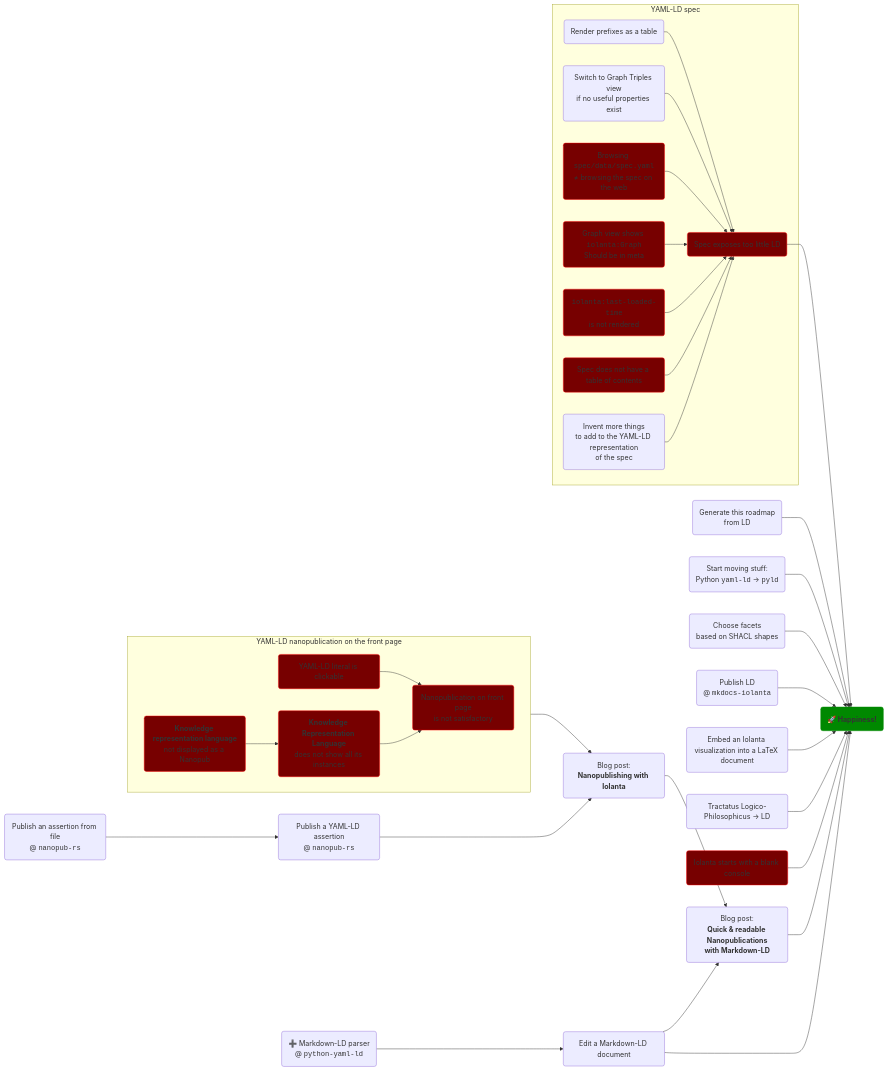
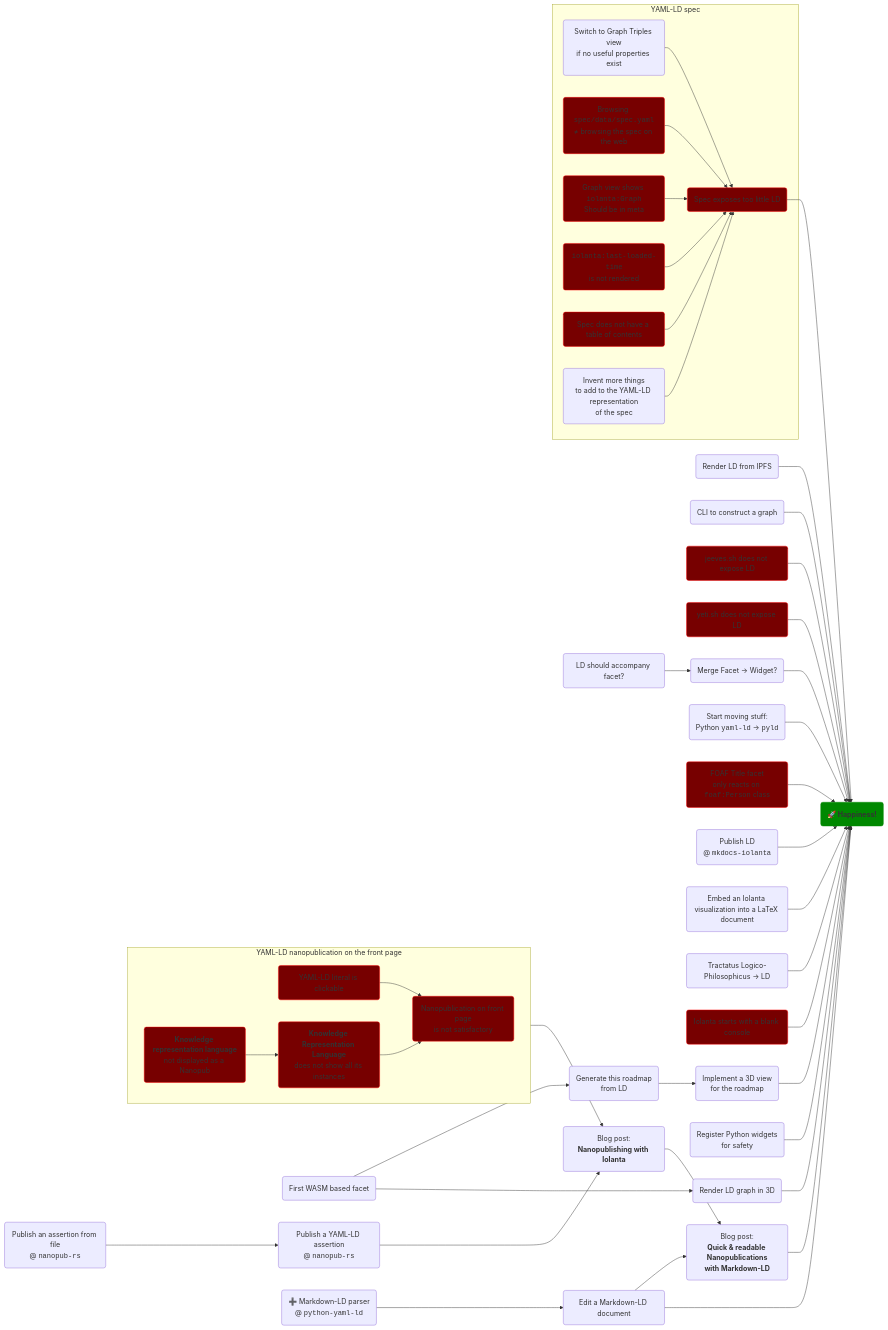
The diagram in docs/roadmap.md (iolanta-tech/iolanta), drawn with Mermaid before and after one commit.

Commit message:
#173 Update roadmap

```diff
--- a/docs/roadmap.md
+++ b/docs/roadmap.md
@@ -18,7 +18,19 @@
     classDef happiness fill:#080,stroke:#080,stroke-width:1px,font-weight:bold;
     class happiness happiness
     
-    generate-roadmap("Generate this roadmap<br/>from LD") --> happiness
+    ipfs("Render LD from IPFS") --> happiness
+    
+    wasm("First WASM based facet") --> generate-roadmap("Generate this roadmap<br/>from LD") --> roadmap3d("Implement a 3D view<br/>for the roadmap") --> happiness
+    
+    cli-construct("CLI to construct a graph") --> happiness
+    
+    wasm --> 3d("Render LD graph in 3D") --> happiness
+    
+    jeeves-sh("jeeves.sh does not expose LD") --> happiness
+    class jeeves-sh bug
+    
+    yeti-sh("yeti.sh does not expose LD") --> happiness
+    class yeti-sh bug
     
     nanopub-blog-post("Blog post:<br/><strong>Nanopublishing with Iolanta</strong>") --> markdown-nanopub-blog-post("Blog post:<br/><strong>Quick & readable Nanopublications<br/>with Markdown-LD") --> happiness
     
@@ -26,8 +38,9 @@
     
     plan-yaml-ld-to-pyld("Start moving stuff:<br/>Python <code>yaml-ld</code> → <code>pyld</code>") --> happiness
     
-    shacl("Choose facets<br/>based on SHACL shapes") --> happiness
+    foaf-title("FOAF Title facet<br/>only reacts on <code>foaf:Person</code> class") --> happiness
     publish-with-mkdocs("Publish LD<br/>@ <code>mkdocs-iolanta</code>") --> happiness
+    class foaf-title bug
     
     tex("Embed an Iolanta visualization into a LaTeX document") --> happiness
     tractatus("Tractatus Logico-Philosophicus → LD") --> happiness
@@ -51,9 +64,10 @@
     
     spec-not-ld --> happiness
     
+    ld-with-facet("LD should accompany facet?") --> facet-and-widget("Merge Facet → Widget?") --> happiness
+    register-widgets("Register Python widgets<br/>for safety") --> happiness
+    
     subgraph "YAML-LD spec"
-        prefixes-table("Render prefixes as a table") --> spec-not-ld
-    
         spec-not-ld("Spec exposes too little LD")
         class spec-not-ld bug
         
```
